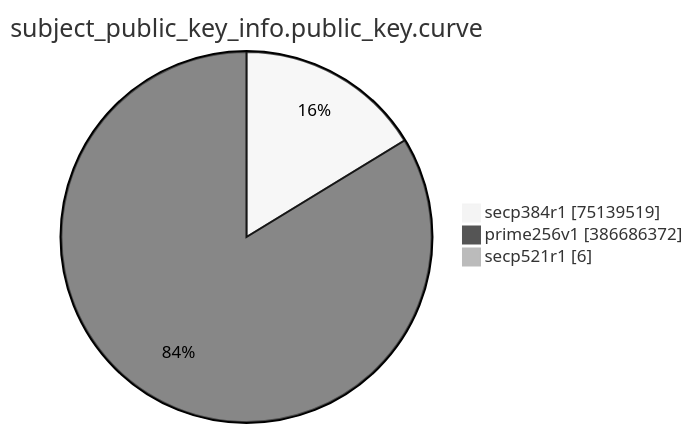
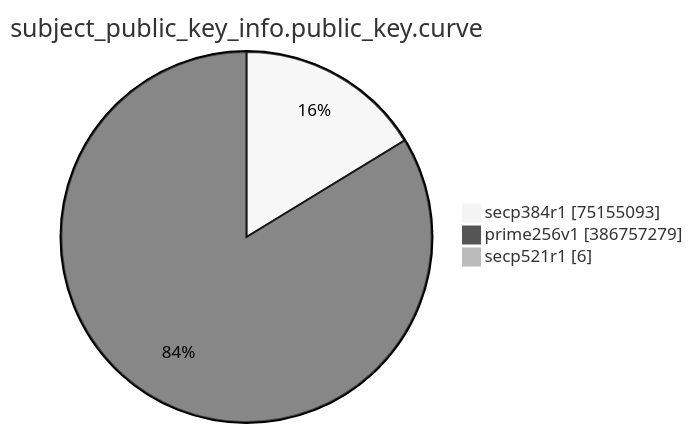
One commit to christiankrug/ctmonitor_visualization changed the eighth of 15 diagrams in TOTAL/README.md. Above: the diagram before and after it, drawn with Mermaid (neutral theme). The commit also changed other lines of this file, not shown here.

````diff
--- a/TOTAL/README.md
+++ b/TOTAL/README.md
@@ -3094,7 +3094,7 @@
 ```mermaid
 pie showData
 title subject_public_key_info.public_key.curve
-"secp384r1" :75139519
-"prime256v1" :386686372
+"secp384r1" :75155093
+"prime256v1" :386757279
 "secp521r1" :6
 ```
````
